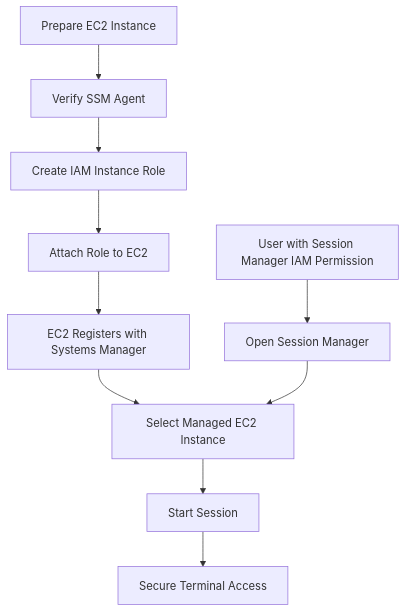
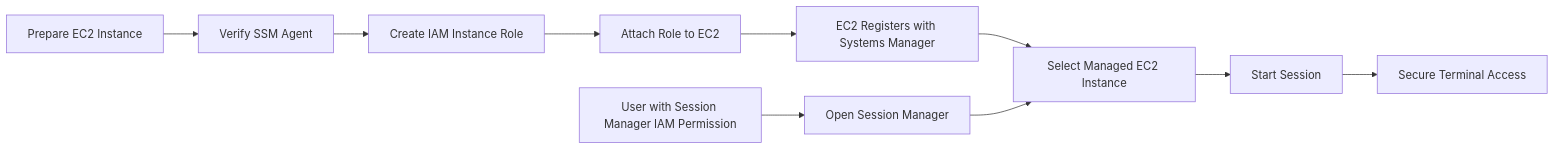
The diagram in docs/projects/12-ssm-session-manager.md (Viggy06/aws_devops_learning_documentation), drawn with Mermaid before and after one commit. The commit also changed other lines of this file and 18 other files, not shown here.

````diff
--- a/docs/projects/12-ssm-session-manager.md
+++ b/docs/projects/12-ssm-session-manager.md
@@ -19,15 +19,13 @@
 ```mermaid
-flowchart TD
-    A[Prepare EC2 Instance] --> B[Verify SSM Agent]
-    B --> C[Create IAM Instance Role]
-    C --> D[Attach Role to EC2]
-    D --> E[EC2 Registers with Systems Manager]
+flowchart LR
+    A["Prepare EC2 Instance"] --> B["Verify SSM Agent"]
+    B --> C["Create IAM Instance Role"]
+    C --> D["Attach Role to EC2"]
+    D --> E["EC2 Registers with Systems Manager"]
 
-    F[User with Session Manager IAM Permission] --> G[Open Session Manager]
-
-    E --> H[Select Managed EC2 Instance]
+    F["User with Session Manager IAM Permission"] --> G["Open Session Manager"]
+    E --> H["Select Managed EC2 Instance"]
     G --> H
-
-    H --> I[Start Session]
-    I --> J[Secure Terminal Access]
+    H --> I["Start Session"]
+    I --> J["Secure Terminal Access"]
 ```
````
